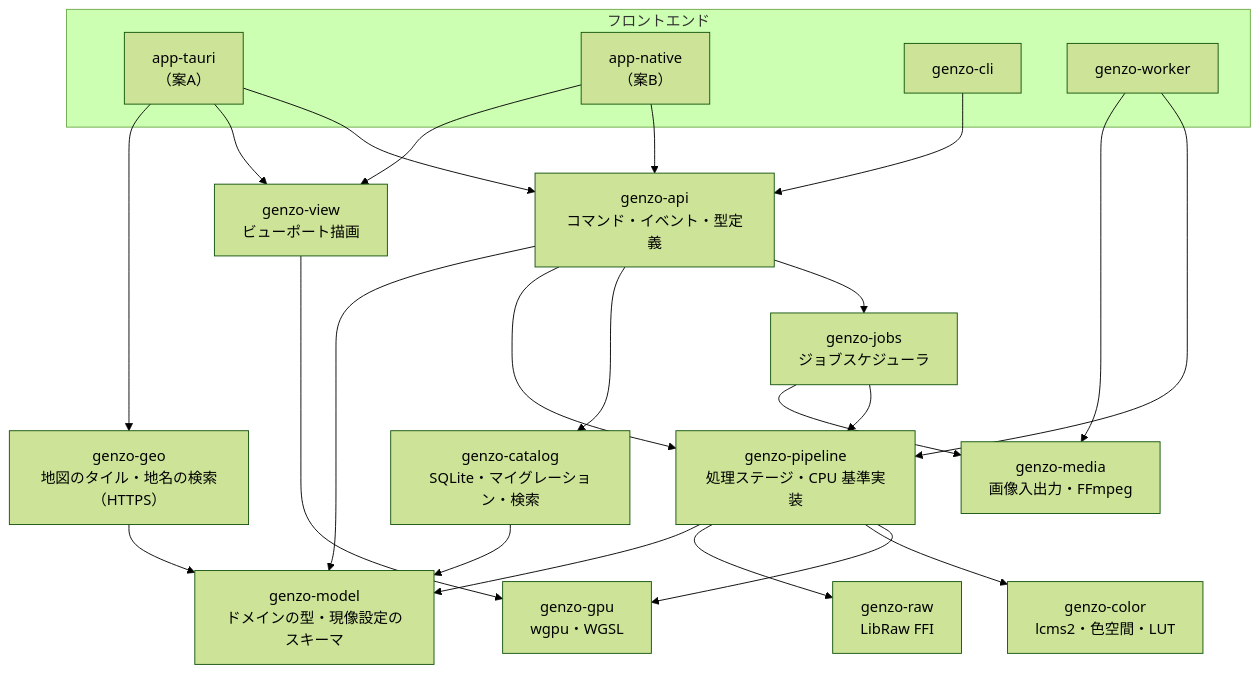
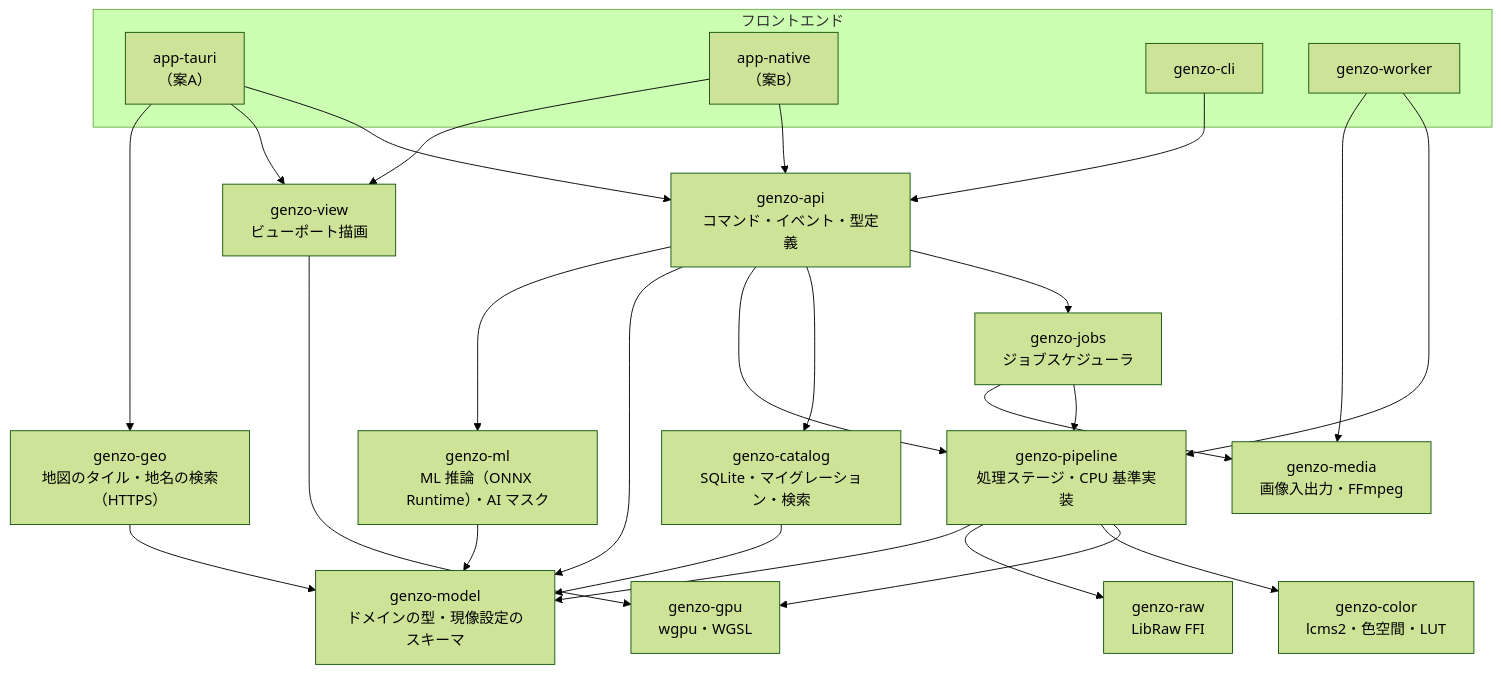
Before and after one commit to tokamocchi/GenzoParis: the second of 8 diagrams in docs/04_architecture.md, drawn with Mermaid (forest theme). The commit also changed other lines of this file and 69 other files, not shown here.

First line of the commit message:
AI マスク: 被写体・空・人物の自動の選択の仕組みと、ONNX Runtime の推論の基盤を実装する（DEV-20）

````diff
--- a/docs/04_architecture.md
+++ b/docs/04_architecture.md
@@ -87,41 +87,44 @@
 ```mermaid
 flowchart TB
   subgraph Front["フロントエンド"]
     TAURI["app-tauri<br/>（案A）"]
     NATIVE["app-native<br/>（案B）"]
     CLI["genzo-cli"]
     WK["genzo-worker"]
   end
   API["genzo-api<br/>コマンド・イベント・型定義"]
   JOBS["genzo-jobs<br/>ジョブスケジューラ"]
   CAT["genzo-catalog<br/>SQLite・マイグレーション・検索"]
   PIPE["genzo-pipeline<br/>処理ステージ・CPU 基準実装"]
   GPU["genzo-gpu<br/>wgpu・WGSL"]
   VIEW["genzo-view<br/>ビューポート描画"]
   COLOR["genzo-color<br/>lcms2・色空間・LUT"]
   RAW["genzo-raw<br/>LibRaw FFI"]
   MEDIA["genzo-media<br/>画像入出力・FFmpeg"]
   MODEL["genzo-model<br/>ドメインの型・現像設定のスキーマ"]
   GEO["genzo-geo<br/>地図のタイル・地名の検索（HTTPS）"]
+  ML["genzo-ml<br/>ML 推論（ONNX Runtime）・AI マスク"]
   TAURI --> API
   NATIVE --> API
   CLI --> API
   TAURI --> VIEW
   NATIVE --> VIEW
   WK --> PIPE
   WK --> MEDIA
   API --> JOBS
   API --> CAT
   API --> PIPE
   JOBS --> PIPE
   JOBS --> MEDIA
   VIEW --> GPU
   PIPE --> GPU
   PIPE --> COLOR
   PIPE --> RAW
   CAT --> MODEL
   PIPE --> MODEL
   API --> MODEL
   TAURI --> GEO
+  API --> ML
+  ML --> MODEL
   GEO --> MODEL
 ```
````
